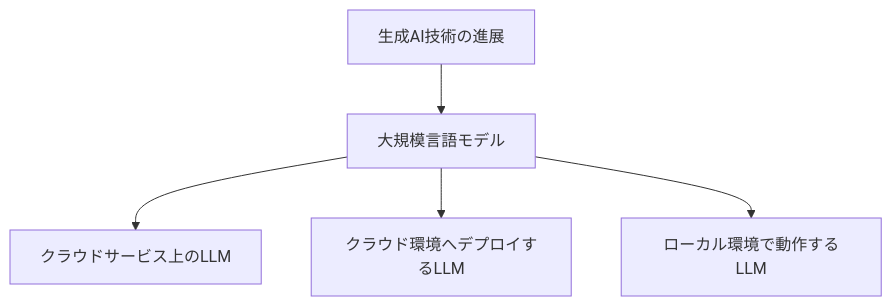
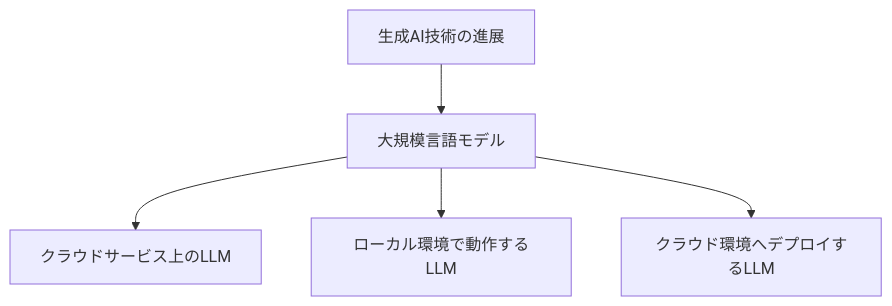
The first of 12 diagrams in README.md (SparklingDetergent/doc_genai_The_usefulness_of_local_LLM), drawn with Mermaid before and after one commit. The commit also changed other lines of this file, not shown here.

````diff
--- a/README.md
+++ b/README.md
@@ -25,7 +25,7 @@
 ```mermaid
 graph TB
     A[生成AI技術の進展] --> B[大規模言語モデル]
     B --> C[クラウドサービス上のLLM]
+    B --> D[ローカル環境で動作するLLM]
     B --> E[クラウド環境へデプロイするLLM]
-    B --> D[ローカル環境で動作するLLM]
 ```
````
